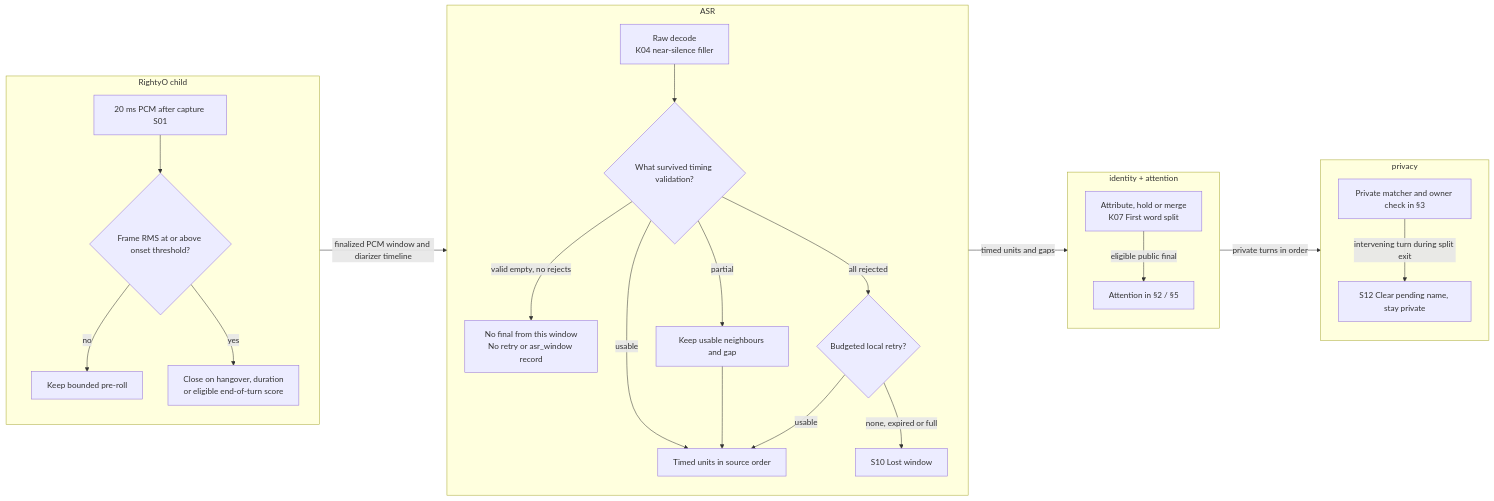
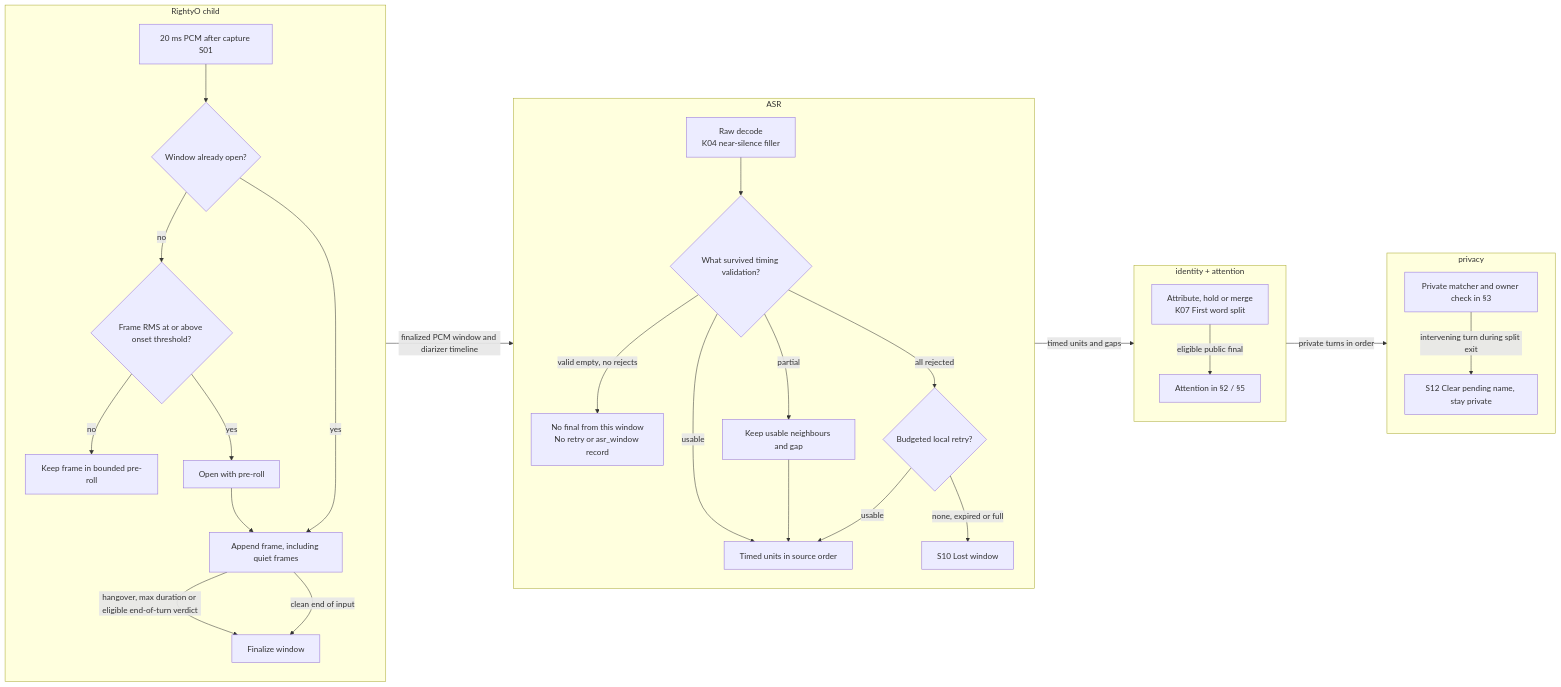
Before and after one commit to mickdarling/hailing-station: the sixth of 8 diagrams in docs/rightyo-swimlanes.md, drawn with Mermaid. The commit also changed other lines of this file, not shown here.

````diff
--- a/docs/rightyo-swimlanes.md
+++ b/docs/rightyo-swimlanes.md
@@ -321,33 +330,37 @@
 ```mermaid
 flowchart LR
     subgraph child["RightyO child"]
         direction TB
-        pcm["20 ms PCM after capture S01"] --> open{"Frame RMS at or above onset threshold?"}
-        open -->|no| pre["Keep bounded pre-roll"]
-        open -->|yes| endTurn["Close on hangover, duration<br/>or eligible end-of-turn score"]
+        pcm["20 ms PCM after capture S01"] --> active{"Window already open?"}
+        active -->|no| onset{"Frame RMS at or above onset threshold?"}
+        onset -->|no| pre["Keep frame in bounded pre-roll"]
+        onset -->|yes| start["Open with pre-roll"] --> append
+        active -->|yes| append["Append frame, including quiet frames"]
+        append -->|hangover, max duration or eligible end-of-turn verdict| closeWindow["Finalize window"]
+        append -->|clean end of input| closeWindow
     end
     subgraph asr["ASR"]
         direction TB
         raw["Raw decode<br/>K04 near-silence filler"]
         raw --> timing{"What survived timing validation?"}
         timing -->|valid empty, no rejects| empty["No final from this window<br/>No retry or asr_window record"]
         timing -->|usable| ready["Timed units in source order"]
         timing -->|partial| salvage["Keep usable neighbours and gap"] --> ready
         timing -->|all rejected| retry{"Budgeted local retry?"}
         retry -->|usable| ready
         retry -->|none, expired or full| lost["S10 Lost window"]
     end
     subgraph identity["identity + attention"]
         direction TB
         attr["Attribute, hold or merge<br/>K07 First word split"]
         attr -->|eligible public final| att["Attention in §2 / §5"]
     end
     subgraph priv["privacy"]
         direction TB
         owner["Private matcher and owner check in §3"]
         owner -->|intervening turn during split exit| held["S12 Clear pending name, stay private"]
     end
     child -->|finalized PCM window and diarizer timeline| asr
     asr -->|timed units and gaps| identity
     identity -->|private turns in order| priv
 ```
````
